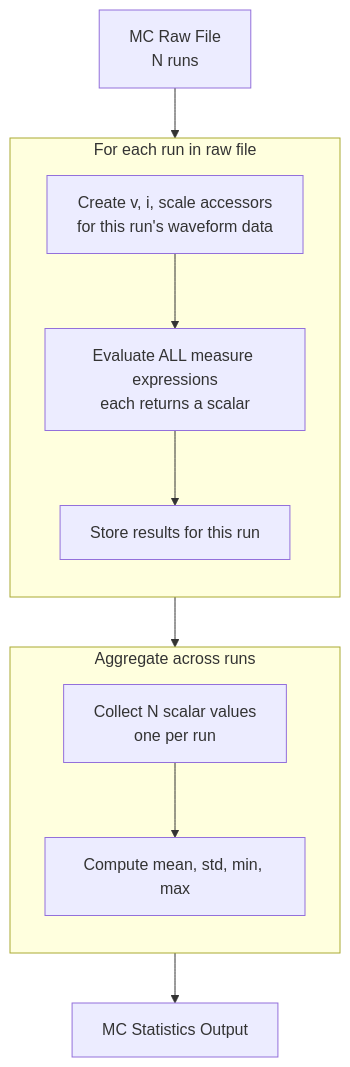
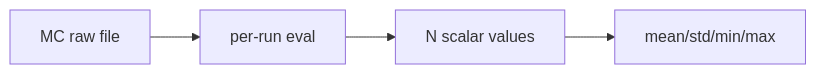
One commit to kcaisley/frida changed the third of 3 diagrams in readme.md. Above: the diagram before and after it, drawn with Mermaid. The commit also changed other lines of this file, not shown here.

````diff
--- a/readme.md
+++ b/readme.md
@@ -278,21 +297,6 @@
 ```mermaid
-flowchart TB
-    A[MC Raw File\nN runs] --> B
-
-    subgraph B [For each run in raw file]
-        direction TB
-        C[Create v, i, scale accessors\nfor this run's waveform data]
-        C --> D[Evaluate ALL measure expressions\neach returns a scalar]
-        D --> E[Store results for this run]
-    end
-
-    B --> F
-
-    subgraph F [Aggregate across runs]
-        direction TB
-        G[Collect N scalar values\none per run]
-        G --> H[Compute mean, std, min, max]
-    end
-
-    F --> I[MC Statistics Output]
+flowchart LR
+    A[MC raw file] --> B[per-run eval]
+    B --> C[N scalar values]
+    C --> D[mean/std/min/max]
 ```
````
